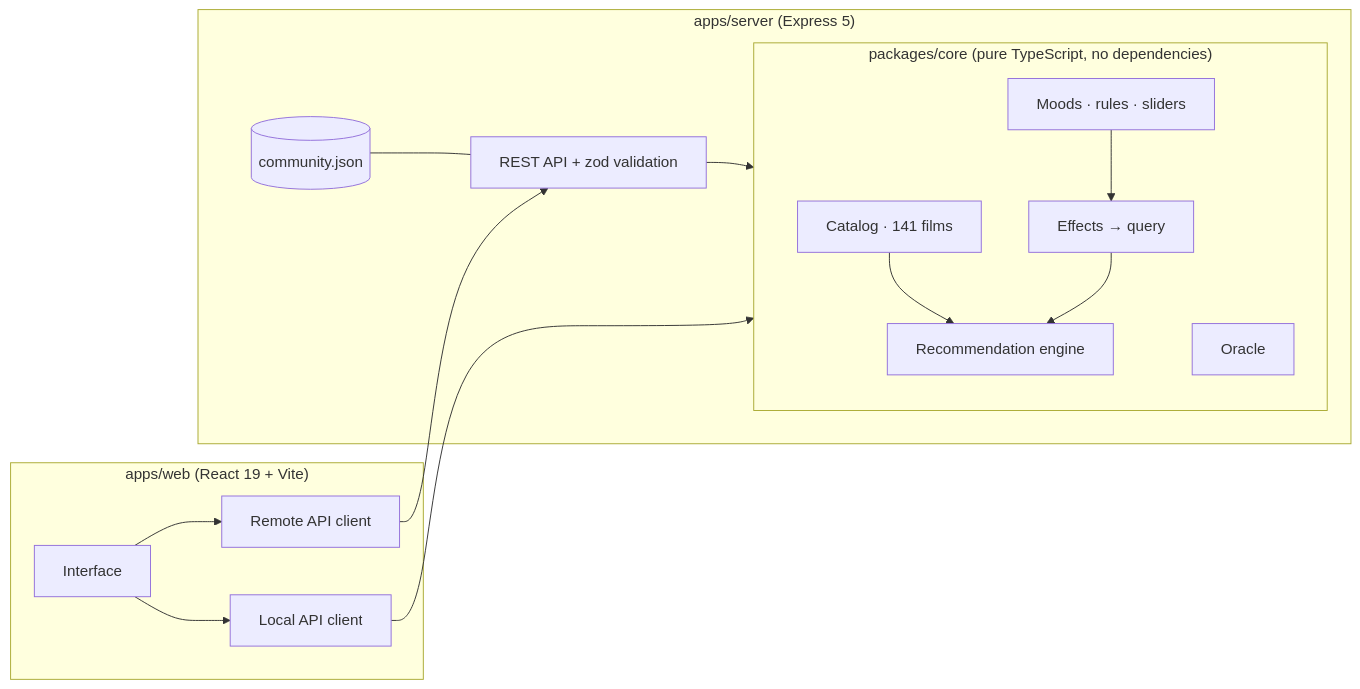
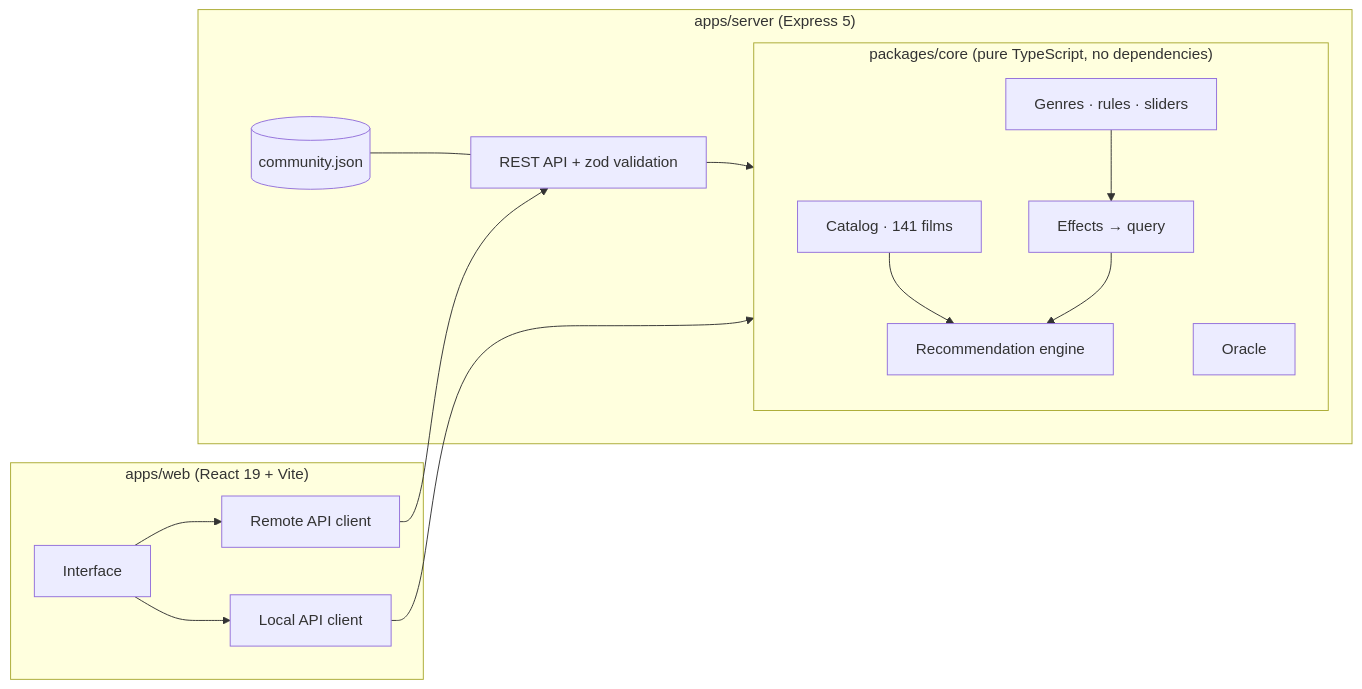
The diagram in README.md (ridvanms/moodReel), drawn with Mermaid before and after one commit. The commit also changed other lines of this file and 32 other files, not shown here.

````diff
--- a/README.md
+++ b/README.md
@@ -32,17 +23,17 @@
 ```mermaid
 flowchart LR
   subgraph core["packages/core (pure TypeScript, no dependencies)"]
     C[Catalog · 141 films] --> E[Recommendation engine]
-    M[Moods · rules · sliders] --> X[Effects → query]
+    M[Genres · rules · sliders] --> X[Effects → query]
     X --> E
     O[Oracle]
   end
   subgraph server["apps/server (Express 5)"]
     A[REST API + zod validation] --> core
     S[(community.json)] --- A
   end
   subgraph web["apps/web (React 19 + Vite)"]
     UI[Interface] --> R[Remote API client] --> A
     UI --> L[Local API client] --> core
   end
 ```
````
